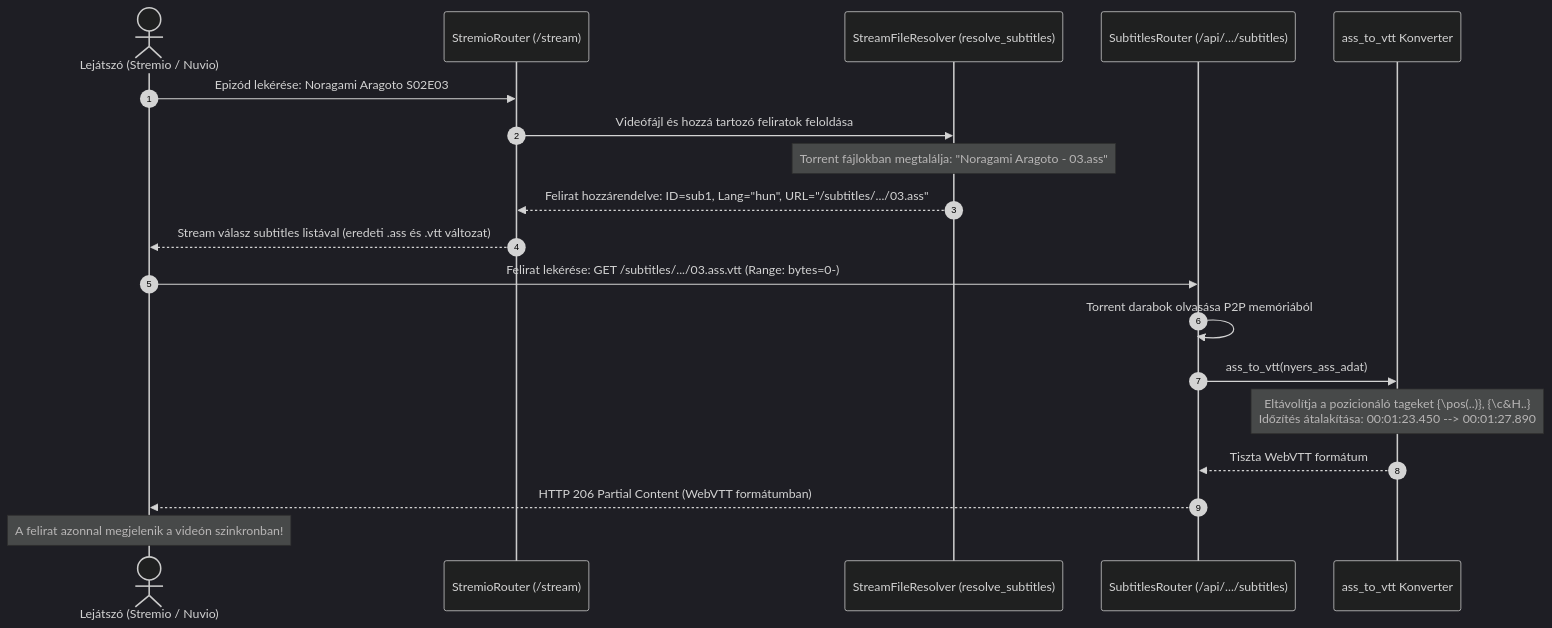
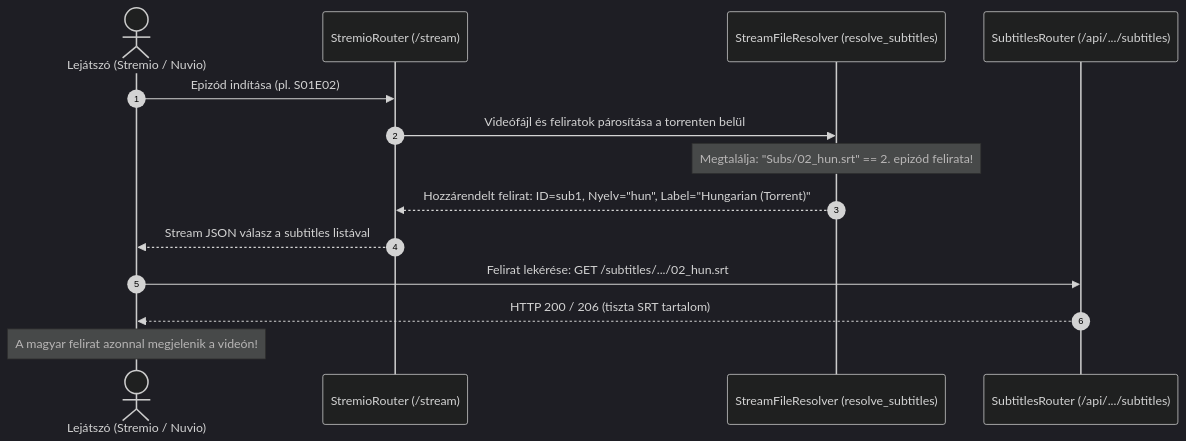
Before and after one commit to Levfero/stremhu-source-VibeCodedEdition: the first of 2 diagrams in README.md, drawn with Mermaid (dark theme). The commit also changed other lines of this file, not shown here.

Commit message:
docs: streamline README to focus strictly on subtitles extraction, streaming, and WebVTT conversion

````diff
--- a/README.md
+++ b/README.md
@@ -52,23 +82,17 @@
 ```mermaid
 sequenceDiagram
     autonumber
     actor Player as Lejátszó (Stremio / Nuvio)
     participant API as StremioRouter (/stream)
     participant Resolver as StreamFileResolver (resolve_subtitles)
     participant SubRouter as SubtitlesRouter (/api/.../subtitles)
-    participant Converter as ass_to_vtt Konverter
 
-    Player->>API: Epizód lekérése: Noragami Aragoto S02E03
-    API->>Resolver: Videófájl és hozzá tartozó feliratok feloldása
-    Note over Resolver: Torrent fájlokban megtalálja: "Noragami Aragoto - 03.ass"
-    Resolver-->>API: Felirat hozzárendelve: ID=sub1, Lang="hun", URL="/subtitles/.../03.ass"
-    API-->>Player: Stream válasz subtitles listával (eredeti .ass és .vtt változat)
-    
-    Player->>SubRouter: Felirat lekérése: GET /subtitles/.../03.ass.vtt (Range: bytes=0-)
-    SubRouter->>SubRouter: Torrent darabok olvasása P2P memóriából
-    SubRouter->>Converter: ass_to_vtt(nyers_ass_adat)
-    Note over Converter: Eltávolítja a pozicionáló tageket {\pos(..)}, {\c&H..}<br/>Időzítés átalakítása: 00:01:23.450 --> 00:01:27.890
-    Converter-->>SubRouter: Tiszta WebVTT formátum
-    SubRouter-->>Player: HTTP 206 Partial Content (WebVTT formátumban)
-    Note over Player: A felirat azonnal megjelenik a videón szinkronban!
+    Player->>API: Epizód indítása (pl. S01E02)
+    API->>Resolver: Videófájl és feliratok párosítása a torrenten belül
+    Note over Resolver: Megtalálja: "Subs/02_hun.srt" == 2. epizód felirata!
+    Resolver-->>API: Hozzárendelt felirat: ID=sub1, Nyelv="hun", Label="Hungarian (Torrent)"
+    API-->>Player: Stream JSON válasz a subtitles listával
+    Player->>SubRouter: Felirat lekérése: GET /subtitles/.../02_hun.srt
+    SubRouter-->>Player: HTTP 200 / 206 (tiszta SRT tartalom)
+    Note over Player: A magyar felirat azonnal megjelenik a videón!
 ```
````
